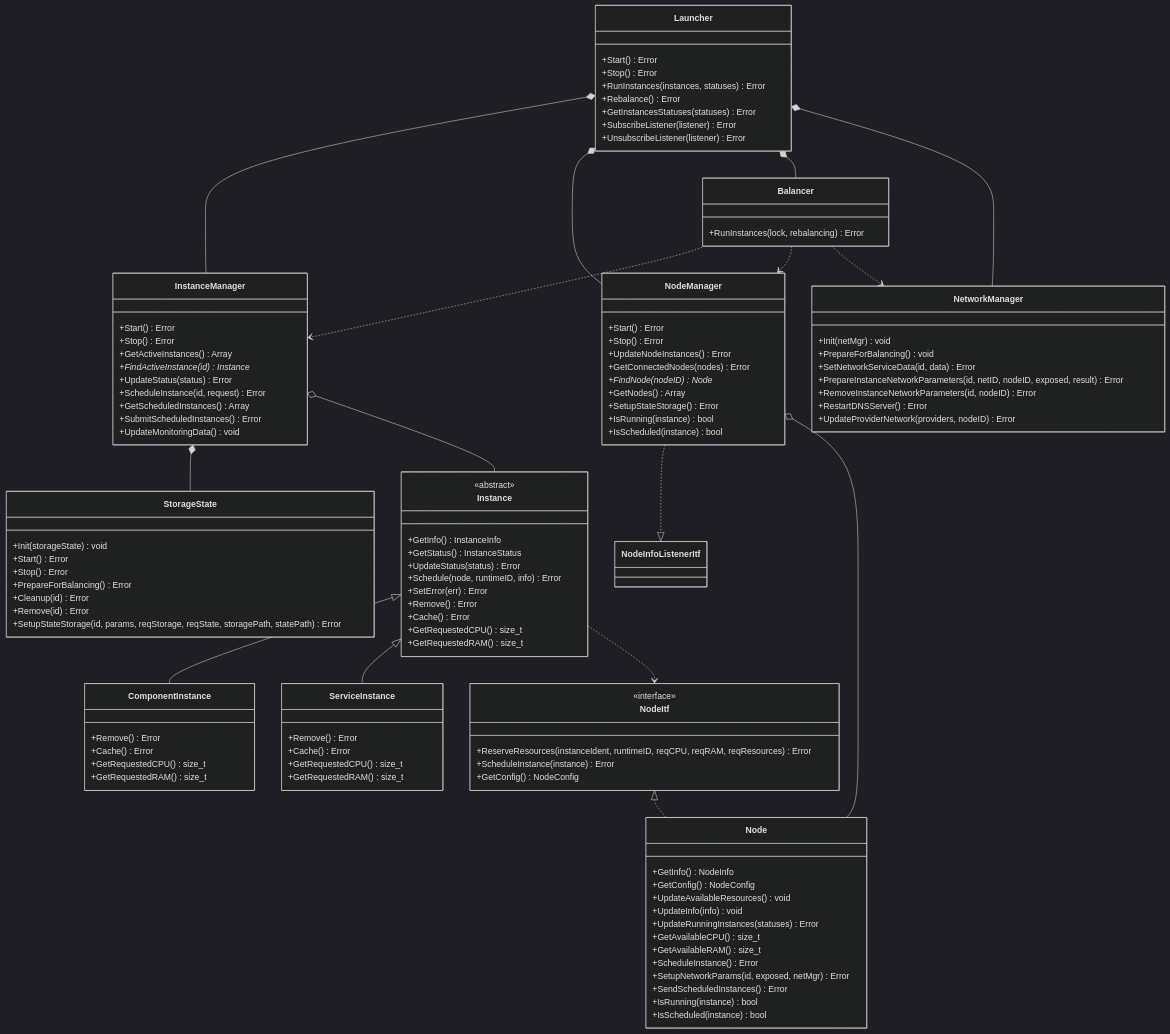
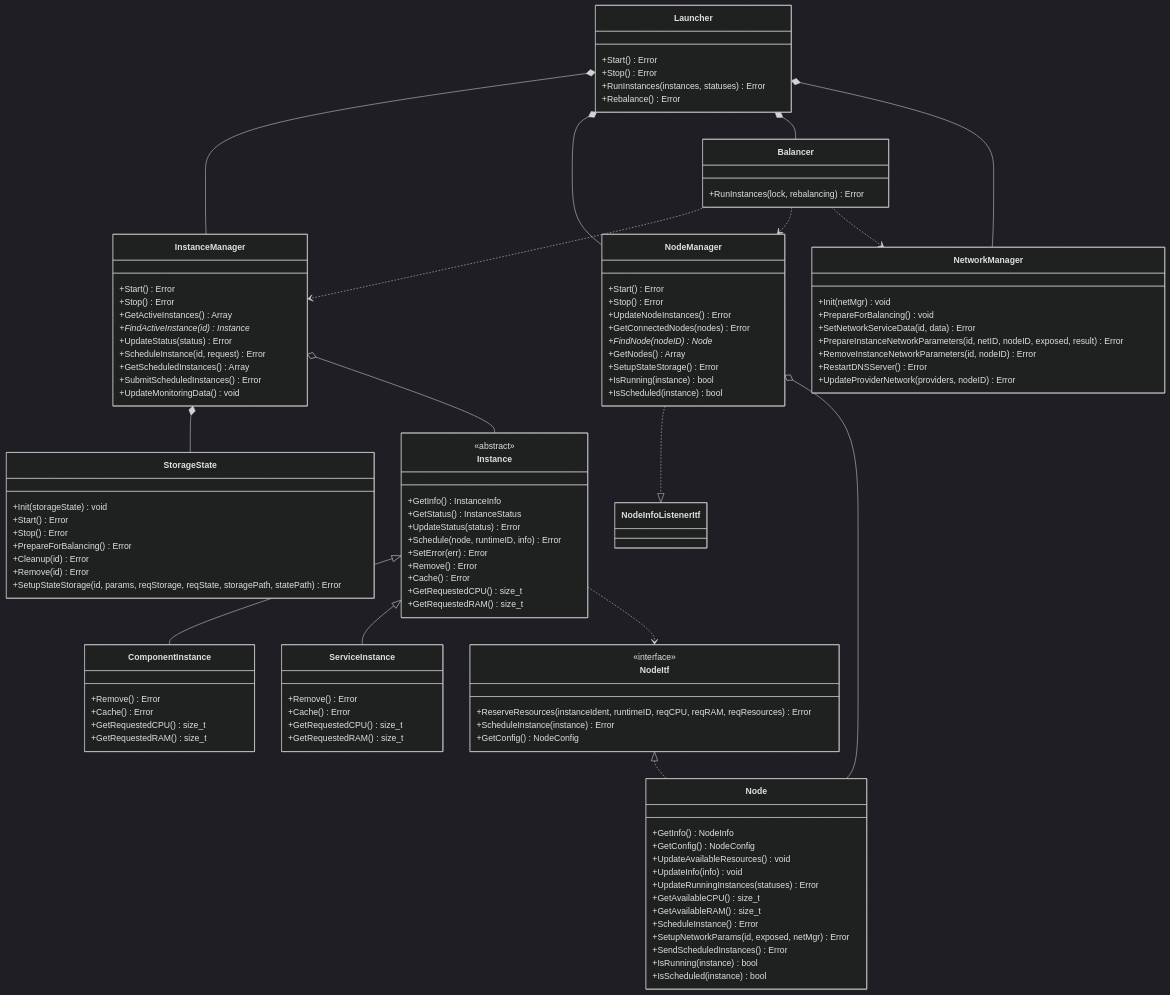
Before and after one commit to aosedge/aos_core_lib_cpp: the fourth of 4 diagrams in src/core/cm/launcher/launcher.md, drawn with Mermaid (dark theme). The commit also changed other lines of this file and 5 other files, not shown here.

```diff
--- a/src/core/cm/launcher/launcher.md
+++ b/src/core/cm/launcher/launcher.md
@@ -245,9 +197,6 @@
         +Stop() Error
         +RunInstances(instances, statuses) Error
         +Rebalance() Error
-        +GetInstancesStatuses(statuses) Error
-        +SubscribeListener(listener) Error
-        +UnsubscribeListener(listener) Error
     }
 
     %% ========================================
```
